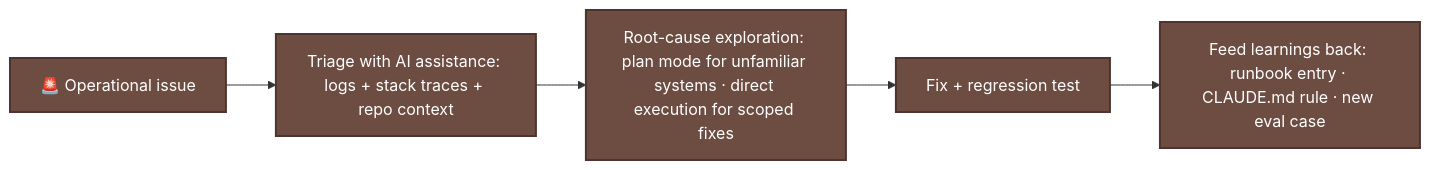
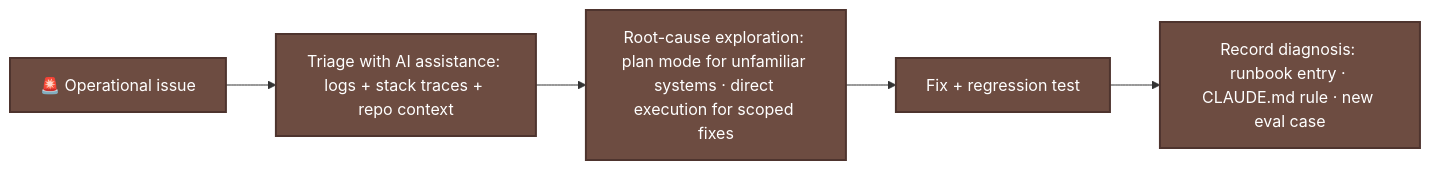
Before and after one commit to parmar-m/claude-architect-certification-prep: the second of 2 diagrams in CCA-P/domains/d7-dev-productivity-enablement.md, drawn with Mermaid. The commit also changed other lines of this file and 6 other files, not shown here.

````diff
--- a/CCA-P/domains/d7-dev-productivity-enablement.md
+++ b/CCA-P/domains/d7-dev-productivity-enablement.md
@@ -45,8 +58,8 @@
 ```mermaid
 flowchart LR
     ISSUE["🚨 Operational issue"] --> TRI["Triage with AI assistance: logs + stack traces + repo context"] --> RCA["Root-cause exploration: plan mode for unfamiliar systems · direct execution for scoped fixes"]
-    RCA --> FIX["Fix + regression test"] --> RB["Feed learnings back: runbook entry · CLAUDE.md rule · new eval case"]
+    RCA --> FIX["Fix + regression test"] --> RB["Record diagnosis: runbook entry · CLAUDE.md rule · new eval case"]
     classDef step fill:#6D4C41,color:#fff,stroke:#4E342E,stroke-width:2px
     class TRI,RCA,FIX,RB step
     class ISSUE step
 ```
````
